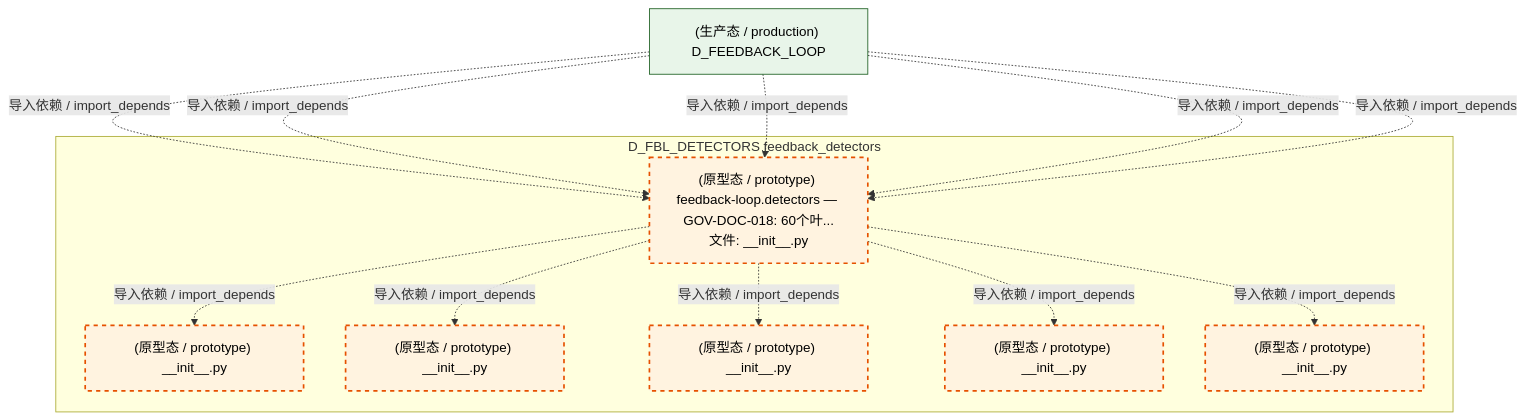
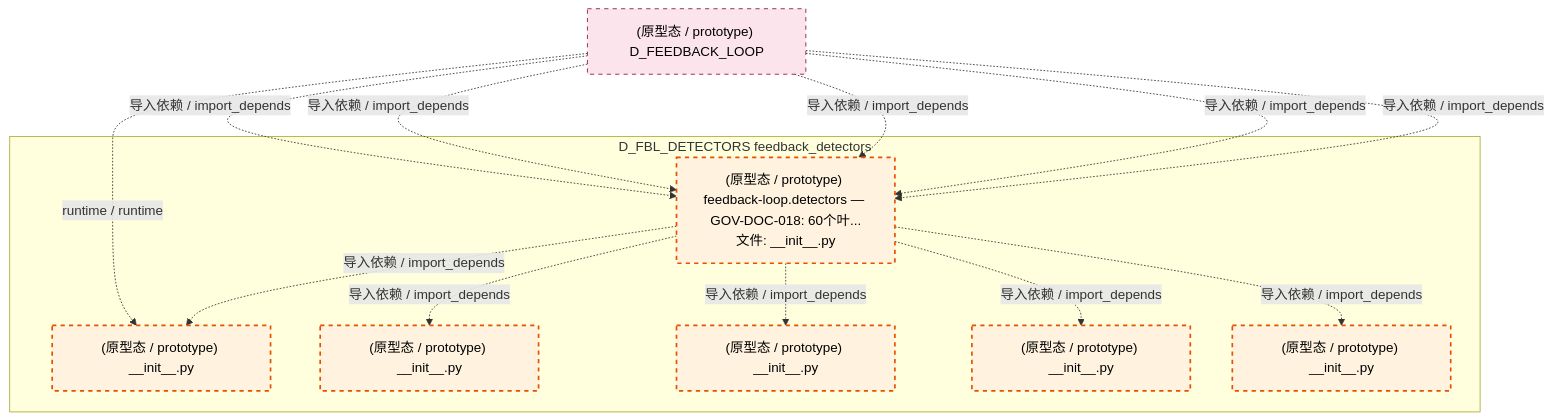
Before and after one commit to xuanFelixVan/ZephyrAlpha: the fifth of 6 diagrams in docs/02_enterprise_architecture/02_domain_architecture_docs/11_d_fbl_detectors.md, drawn with Mermaid. The commit also changed other lines of this file and 127 other files, not shown here.

First line of the commit message:
chore(docs): S2-2 refresh architecture docs after depgraph rebuild

````diff
--- a/docs/02_enterprise_architecture/02_domain_architecture_docs/11_d_fbl_detectors.md
+++ b/docs/02_enterprise_architecture/02_domain_architecture_docs/11_d_fbl_detectors.md
@@ -400,28 +400,29 @@
 ```mermaid
 graph TD
     subgraph D_FBL_DETECTORS["D_FBL_DETECTORS feedback_detectors"]
         src_zephyr_feedback_loop_detectors_init_py["(原型态 / prototype) feedback-loop.detectors — GOV-DOC-018: 60个叶...<br/>文件: __init__.py"]
         src_zephyr_feedback_loop_detectors_anomaly_init_py["(原型态 / prototype) __init__.py"]
         src_zephyr_feedback_loop_detectors_correlation_init_py["(原型态 / prototype) __init__.py"]
         src_zephyr_feedback_loop_detectors_drift_init_py["(原型态 / prototype) __init__.py"]
         src_zephyr_feedback_loop_detectors_guard_init_py["(原型态 / prototype) __init__.py"]
         src_zephyr_feedback_loop_detectors_reliability_init_py["(原型态 / prototype) __init__.py"]
     end
     src_zephyr_feedback_loop_detectors_init_py -.->|导入依赖 / import_depends| src_zephyr_feedback_loop_detectors_anomaly_init_py
     src_zephyr_feedback_loop_detectors_init_py -.->|导入依赖 / import_depends| src_zephyr_feedback_loop_detectors_correlation_init_py
     src_zephyr_feedback_loop_detectors_init_py -.->|导入依赖 / import_depends| src_zephyr_feedback_loop_detectors_drift_init_py
     src_zephyr_feedback_loop_detectors_init_py -.->|导入依赖 / import_depends| src_zephyr_feedback_loop_detectors_guard_init_py
     src_zephyr_feedback_loop_detectors_init_py -.->|导入依赖 / import_depends| src_zephyr_feedback_loop_detectors_reliability_init_py
-    D_FEEDBACK_LOOP["(生产态 / production) D_FEEDBACK_LOOP"]
+    D_FEEDBACK_LOOP["(原型态 / prototype) D_FEEDBACK_LOOP"]
+    D_FEEDBACK_LOOP -.->|runtime / runtime| src_zephyr_feedback_loop_detectors_anomaly_init_py
     D_FEEDBACK_LOOP -.->|导入依赖 / import_depends| src_zephyr_feedback_loop_detectors_init_py
     D_FEEDBACK_LOOP -.->|导入依赖 / import_depends| src_zephyr_feedback_loop_detectors_init_py
     D_FEEDBACK_LOOP -.->|导入依赖 / import_depends| src_zephyr_feedback_loop_detectors_init_py
     D_FEEDBACK_LOOP -.->|导入依赖 / import_depends| src_zephyr_feedback_loop_detectors_init_py
     D_FEEDBACK_LOOP -.->|导入依赖 / import_depends| src_zephyr_feedback_loop_detectors_init_py
     classDef production fill:#e1f5fe,stroke:#01579b,stroke-width:2px,color:#000
     classDef design fill:#fff3e0,stroke:#e65100,stroke-width:2px,color:#000,stroke-dasharray: 5 5
     classDef external_prod fill:#e8f5e9,stroke:#1b5e20,stroke-width:1px,color:#000
     classDef external_design fill:#fce4ec,stroke:#880e4f,stroke-width:1px,color:#000,stroke-dasharray: 5 5
     class src_zephyr_feedback_loop_detectors_init_py,src_zephyr_feedback_loop_detectors_anomaly_init_py,src_zephyr_feedback_loop_detectors_correlation_init_py,src_zephyr_feedback_loop_detectors_drift_init_py,src_zephyr_feedback_loop_detectors_guard_init_py,src_zephyr_feedback_loop_detectors_reliability_init_py design
-    class D_FEEDBACK_LOOP external_prod
+    class D_FEEDBACK_LOOP external_design
 ```
````
